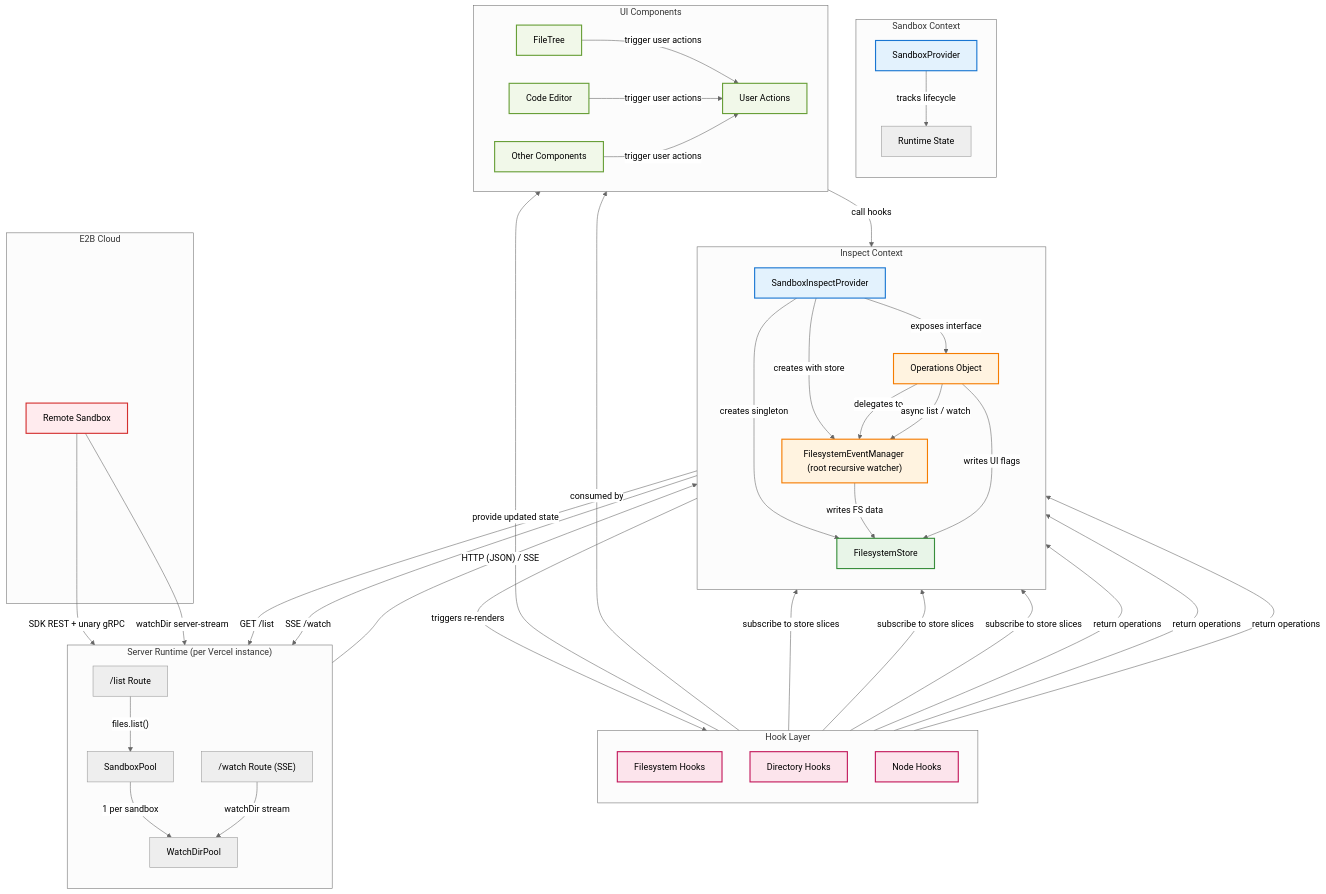
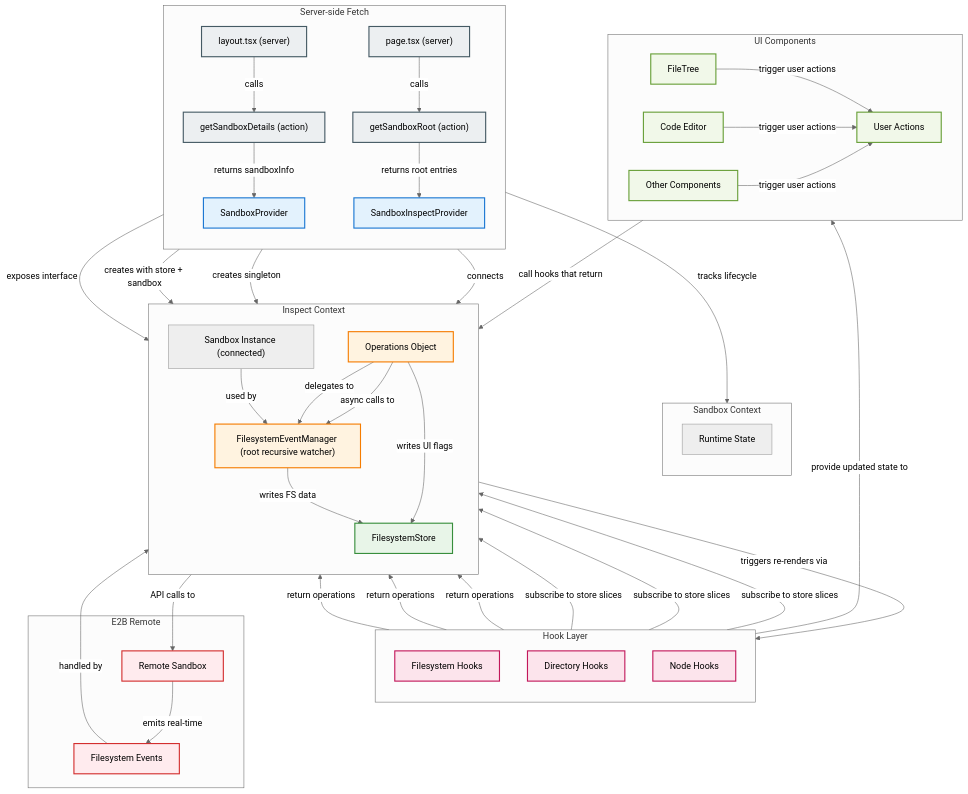
One commit to e2b-dev/dashboard changed the diagram in src/features/dashboard/sandbox/overview.mermaid. Above: the diagram before and after it, drawn with Mermaid (neutral theme). The commit also changed 10 other files, not shown here.

Commit message:
refactor: handle sandbox connection client side but fetch root + details server side

```diff
--- a/src/features/dashboard/sandbox/overview.mermaid
+++ b/src/features/dashboard/sandbox/overview.mermaid
@@ -1,103 +1,122 @@
 flowchart TD
+
+%% --------------------------
+%% Server-side Components
+%% --------------------------
+subgraph SERVER_FETCH["Server-side Fetch"]
+    direction TB
+    LAYOUT["layout.tsx (server)"]
+    PAGE["page.tsx (server)"]
+    DETAILS_ACTION["getSandboxDetails (action)"]
+    ROOT_ACTION["getSandboxRoot (action)"]
+
+    LAYOUT -- "calls" --> DETAILS_ACTION
+    PAGE   -- "calls" --> ROOT_ACTION
+    DETAILS_ACTION -- "returns sandboxInfo" --> SANDBOX_PROVIDER
+    ROOT_ACTION    -- "returns root entries" --> INSPECT_PROVIDER
+end
+
+%% --------------------------
+%% Client Contexts
+%% --------------------------
 subgraph SANDBOX_CONTEXT["Sandbox Context"]
     direction TB
     SANDBOX_PROVIDER["SandboxProvider"]
     SANDBOX_STATE["Runtime State"]
 
     SANDBOX_PROVIDER -- "tracks lifecycle" --> SANDBOX_STATE
 end
 
-%% ---------- New Server-side handling ----------
-subgraph SERVER_SIDE["Server Runtime (per Vercel instance)"]
-    direction TB
-    SANDBOX_POOL["SandboxPool"]
-    WATCH_POOL["WatchDirPool"]
-    LIST_ROUTE["/list Route"]
-    WATCH_ROUTE["/watch Route (SSE)"]
-
-    SANDBOX_POOL -- "1 per sandbox" --> WATCH_POOL
-    LIST_ROUTE -- "files.list()" --> SANDBOX_POOL
-    WATCH_ROUTE -- "watchDir stream" --> WATCH_POOL
-end
-
 subgraph INSPECT_CONTEXT["Inspect Context"]
     direction TB
     INSPECT_PROVIDER["SandboxInspectProvider"]
+    SANDBOX_INSTANCE["Sandbox Instance (connected)"]
     FILESYSTEM_STORE["FilesystemStore"]
     EVENT_MANAGER["FilesystemEventManager (root recursive watcher)"]
     OPERATIONS["Operations Object"]
 
+    INSPECT_PROVIDER -- "connects" --> SANDBOX_INSTANCE
     INSPECT_PROVIDER -- "creates singleton" --> FILESYSTEM_STORE
-    INSPECT_PROVIDER -- "creates with store" --> EVENT_MANAGER
+    INSPECT_PROVIDER -- "creates with store + sandbox" --> EVENT_MANAGER
     INSPECT_PROVIDER -- "exposes interface" --> OPERATIONS
+
+    SANDBOX_INSTANCE -- "used by" --> EVENT_MANAGER
     EVENT_MANAGER -- "writes FS data" --> FILESYSTEM_STORE
-    OPERATIONS -- "delegates to" --> EVENT_MANAGER
-    OPERATIONS -- "writes UI flags" --> FILESYSTEM_STORE
+    OPERATIONS    -- "delegates to" --> EVENT_MANAGER
+    OPERATIONS    -- "writes UI flags" --> FILESYSTEM_STORE
 end
 
-%% Connections between client and server
-EVENT_MANAGER -- "GET /list" --> LIST_ROUTE
-EVENT_MANAGER -- "SSE /watch" --> WATCH_ROUTE
-
+%% --------------------------
+%% Hook Layer
+%% --------------------------
 subgraph HOOKS["Hook Layer"]
     direction TB
     FILESYSTEM_HOOKS["Filesystem Hooks"]
     DIRECTORY_HOOKS["Directory Hooks"]
     NODE_HOOKS["Node Hooks"]
 
     FILESYSTEM_HOOKS -- "subscribe to store slices" --> FILESYSTEM_STORE
-    DIRECTORY_HOOKS -- "subscribe to store slices" --> FILESYSTEM_STORE
-    NODE_HOOKS -- "subscribe to store slices" --> FILESYSTEM_STORE
+    DIRECTORY_HOOKS  -- "subscribe to store slices" --> FILESYSTEM_STORE
+    NODE_HOOKS       -- "subscribe to store slices" --> FILESYSTEM_STORE
 
     FILESYSTEM_HOOKS -- "return operations" --> OPERATIONS
-    DIRECTORY_HOOKS -- "return operations" --> OPERATIONS
-    NODE_HOOKS -- "return operations" --> OPERATIONS
+    DIRECTORY_HOOKS  -- "return operations" --> OPERATIONS
+    NODE_HOOKS       -- "return operations" --> OPERATIONS
 end
 
+%% --------------------------
+%% UI Components
+%% --------------------------
 subgraph UI_COMPONENTS["UI Components"]
     direction LR
     FILE_TREE["FileTree"]
     CODE_EDITOR["Code Editor"]
     OTHER_UI["Other Components"]
 
-    FILE_TREE -- "trigger user actions" --> USER_ACTIONS["User Actions"]
+    FILE_TREE   -- "trigger user actions" --> USER_ACTIONS["User Actions"]
     CODE_EDITOR -- "trigger user actions" --> USER_ACTIONS
-    OTHER_UI -- "trigger user actions" --> USER_ACTIONS
+    OTHER_UI    -- "trigger user actions" --> USER_ACTIONS
 end
 
-subgraph E2B_REMOTE["E2B Cloud"]
+%% --------------------------
+%% Remote (E2B)
+%% --------------------------
+subgraph E2B_REMOTE["E2B Remote"]
     REMOTE_SANDBOX["Remote Sandbox"]
+    FS_EVENTS["Filesystem Events"]
+
+    REMOTE_SANDBOX -- "emits real-time" --> FS_EVENTS
 end
 
-%% External connectivity
-REMOTE_SANDBOX -- "SDK REST + unary gRPC" --> SANDBOX_POOL
-REMOTE_SANDBOX -- "watchDir server-stream" --> WATCH_POOL
+%% --------------------------
+%% Data Flow: User Actions
+%% --------------------------
+USER_ACTIONS -- "call hooks that return" --> OPERATIONS
+OPERATIONS    -- "async calls to" --> EVENT_MANAGER
+EVENT_MANAGER -- "API calls to" --> REMOTE_SANDBOX
 
-%% Client-Server boundary
-SERVER_SIDE -- "HTTP (JSON) / SSE" --> EVENT_MANAGER
+%% --------------------------
+%% Data Flow: Remote Events
+%% --------------------------
+FS_EVENTS        -- "handled by" --> EVENT_MANAGER
+FILESYSTEM_STORE -- "triggers re-renders via" --> HOOKS
+HOOKS            -- "provide updated state to" --> UI_COMPONENTS
 
-%% Data Flow: User Actions
-USER_ACTIONS -- "call hooks" --> OPERATIONS
-OPERATIONS -- "async list / watch" --> EVENT_MANAGER
-
-%% Flow inside client
-FILESYSTEM_STORE -- "triggers re-renders" --> HOOKS
-HOOKS -- "provide updated state" --> UI_COMPONENTS
-
-%% Hook Integration
-HOOKS -- "consumed by" --> UI_COMPONENTS
-
+%% --------------------------
 %% Styling
+%% --------------------------
 classDef contextClass fill:#E3F2FD,stroke:#1976D2,stroke-width:2px
-classDef storeClass fill:#E8F5E8,stroke:#388E3C,stroke-width:2px
+classDef storeClass   fill:#E8F5E8,stroke:#388E3C,stroke-width:2px
 classDef managerClass fill:#FFF3E0,stroke:#F57C00,stroke-width:2px
-classDef hooksClass fill:#FCE4EC,stroke:#C2185B,stroke-width:2px
-classDef uiClass fill:#F1F8E9,stroke:#689F38,stroke-width:2px
-classDef remoteClass fill:#FFEBEE,stroke:#D32F2F,stroke-width:2px
+classDef hooksClass   fill:#FCE4EC,stroke:#C2185B,stroke-width:2px
+classDef uiClass      fill:#F1F8E9,stroke:#689F38,stroke-width:2px
+classDef remoteClass  fill:#FFEBEE,stroke:#D32F2F,stroke-width:2px
+classDef serverClass  fill:#ECEFF1,stroke:#455A64,stroke-width:2px
 
 class SANDBOX_PROVIDER,INSPECT_PROVIDER contextClass
 class FILESYSTEM_STORE storeClass
 class EVENT_MANAGER,OPERATIONS managerClass
 class FILESYSTEM_HOOKS,DIRECTORY_HOOKS,NODE_HOOKS hooksClass
 class FILE_TREE,CODE_EDITOR,OTHER_UI,USER_ACTIONS uiClass
-class REMOTE_SANDBOX remoteClass
+class REMOTE_SANDBOX,FS_EVENTS remoteClass
+class LAYOUT,PAGE,DETAILS_ACTION,ROOT_ACTION serverClass
```
